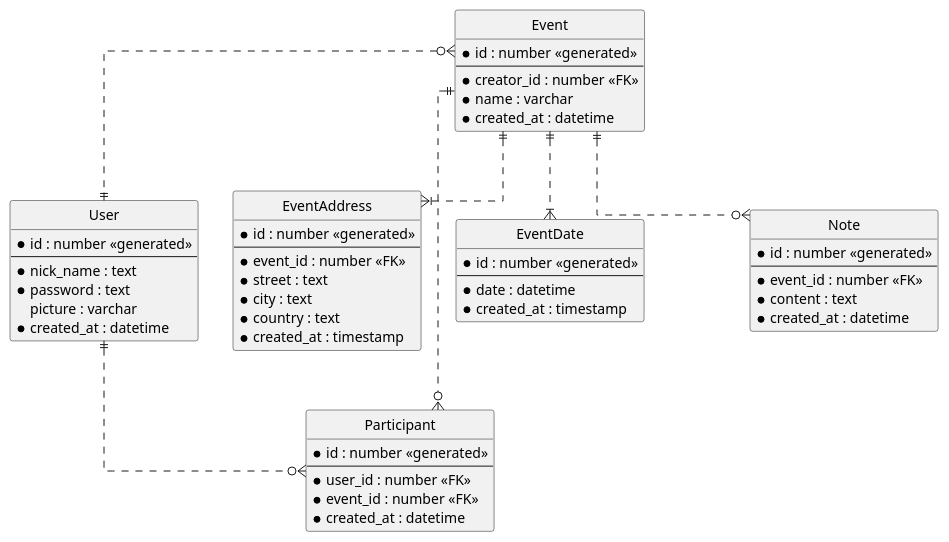
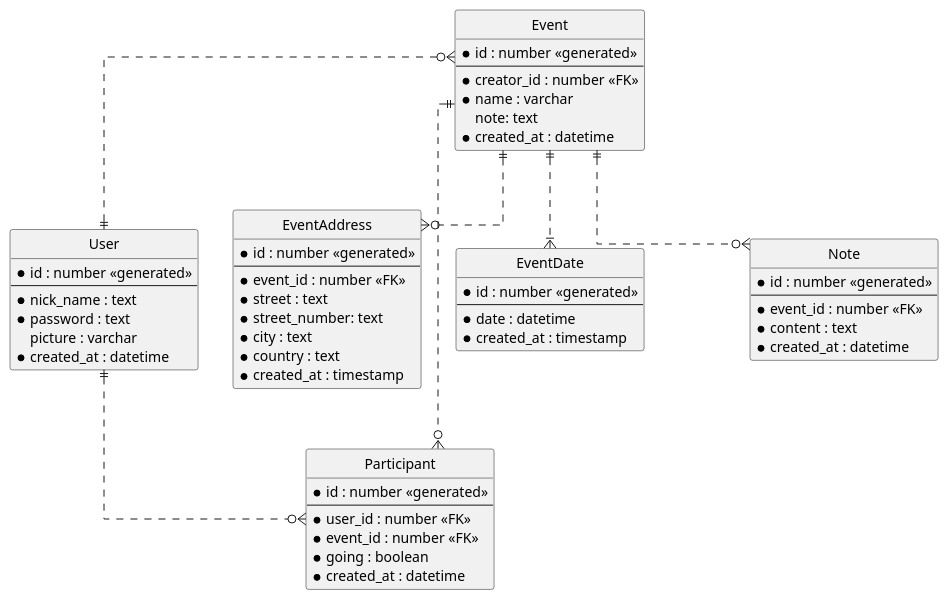
One commit to samuelgocnik/M33tings changed the diagram in diagrams/erd.plantuml. Above: the diagram before and after it, drawn with PlantUML. The commit also changed 10 other files, not shown here.

```diff
--- a/diagrams/erd.plantuml
+++ b/diagrams/erd.plantuml
@@ -1,86 +1,89 @@
 @startuml M33tings
 ' hide the spot
 hide circle
 
 ' avoid problems with angled crows feet
 skinparam linetype ortho
 
 /' can sort user's friends by active status '/
 
 entity User {
     * id : number <<generated>>
     --
     * nick_name : text
     * password : text
     picture : varchar
     * created_at : datetime
 }
 
 entity Event {
     * id : number <<generated>>
     --
     * creator_id : number <<FK>>
     * name : varchar
+      note: text
     * created_at : datetime
 }
 
 entity EventAddress {
     * id : number <<generated>>
     --
     *event_id : number <<FK>>
     *street : text
+    *street_number: text
     *city : text
     *country : text
     *created_at : timestamp
 }
 
 entity EventDate {
     * id : number <<generated>>
     --
     * date : datetime
     * created_at : timestamp
 }
 
 entity Participant {
     * id : number <<generated>>
     --
     * user_id : number <<FK>>
     * event_id : number <<FK>>
+    * going : boolean
     * created_at : datetime
 }
 
 ' entity Gallery {
 '     * id : number <<generated>>
 '     --
 '     * event_id : number <<FK>>
 ' }
 
 ' entity Photo {
 '     * id : number <<generated>>
 '     --
 '     * uploader_id : number <<FK>>
 '     * gallery_id : number <<FK>>
 '     * path : text
 '     * created_at : datetime 
 ' }
 
 entity Note {
     * id : number <<generated>>
     --
     * event_id : number <<FK>>
     * content : text
     * created_at : datetime
 }
 
 
 Event }o..|| User
 ' Event ||..|| Gallery
 ' Gallery ||..o{ Photo
 ' Photo }o..|| User
 Event ||..o{ Note
 Event ||..|{ EventDate
-Event ||..|{ EventAddress
+Event ||..o{ EventAddress
 Event ||..o{ Participant
 User ||..o{ Participant
 
 @enduml
```
